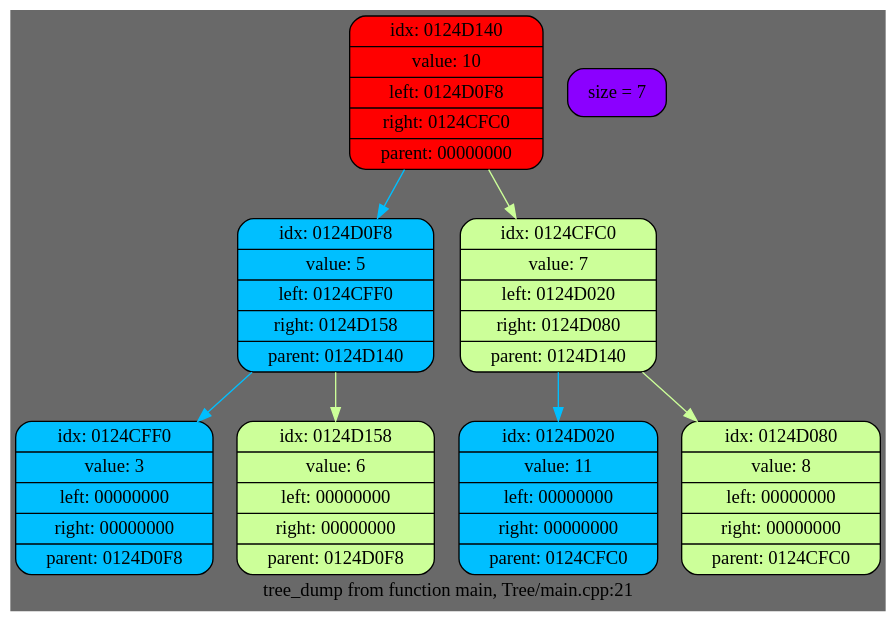
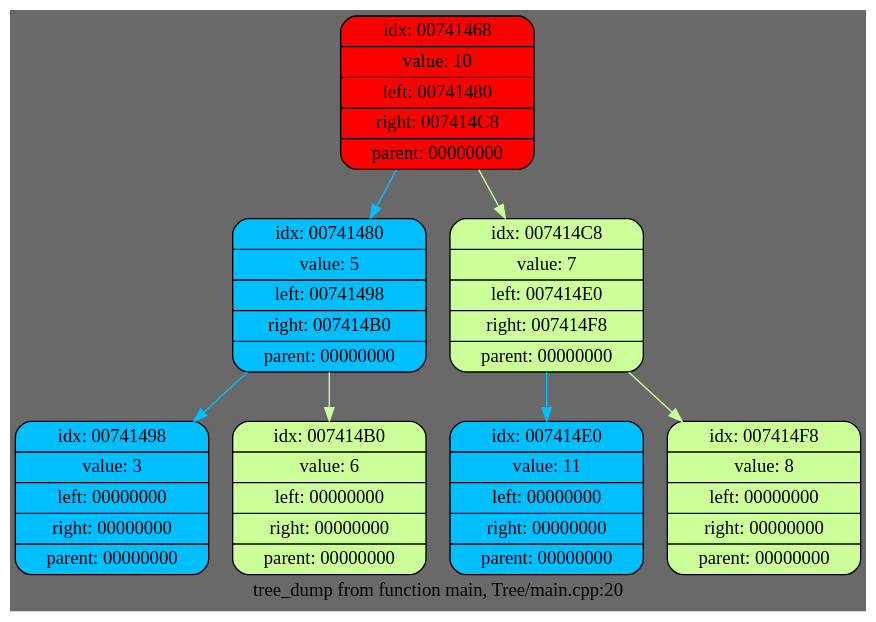
Before and after one commit to EntryFrager/tree: the diagram in dump.dot, drawn with Graphviz. The commit also changed 11 other files, not shown here.

```diff
--- a/dump.dot
+++ b/dump.dot
@@ -1,19 +1,17 @@
 digraph List {
 	rankdir = HR;
 	bgcolor = "#696969";
-	node0 [shape = Mrecord, style = filled, fillcolor = "#ff0000", label = "{idx: 0124D140 | value: 10 | left: 0124D0F8 | right: 0124CFC0 | parent: 00000000}"];
-	node1 [shape = Mrecord, style = filled, fillcolor = "#00BFFF", label = "{idx: 0124D0F8 | value: 5 | left: 0124CFF0 | right: 0124D158 | parent: 0124D140}"];
+	node0 [shape = Mrecord, style = filled, fillcolor = "#ff0000", label = "{idx: 00741468 | value: 10 | left: 00741480 | right: 007414C8 | parent: 00000000}"];
+	node1 [shape = Mrecord, style = filled, fillcolor = "#00BFFF", label = "{idx: 00741480 | value: 5 | left: 00741498 | right: 007414B0 | parent: 00000000}"];
 	node0 -> node1 [color = "#00BFFF"]
-	node2 [shape = Mrecord, style = filled, fillcolor = "#00BFFF", label = "{idx: 0124CFF0 | value: 3 | left: 00000000 | right: 00000000 | parent: 0124D0F8}"];
+	node2 [shape = Mrecord, style = filled, fillcolor = "#00BFFF", label = "{idx: 00741498 | value: 3 | left: 00000000 | right: 00000000 | parent: 00000000}"];
 	node1 -> node2 [color = "#00BFFF"]
-	node3 [shape = Mrecord, style = filled, fillcolor = "#ccff99", label = "{idx: 0124D158 | value: 6 | left: 00000000 | right: 00000000 | parent: 0124D0F8}"];
+	node3 [shape = Mrecord, style = filled, fillcolor = "#ccff99", label = "{idx: 007414B0 | value: 6 | left: 00000000 | right: 00000000 | parent: 00000000}"];
 	node1 -> node3 [color = "#ccff99"]
-	node4 [shape = Mrecord, style = filled, fillcolor = "#ccff99", label = "{idx: 0124CFC0 | value: 7 | left: 0124D020 | right: 0124D080 | parent: 0124D140}"];
+	node4 [shape = Mrecord, style = filled, fillcolor = "#ccff99", label = "{idx: 007414C8 | value: 7 | left: 007414E0 | right: 007414F8 | parent: 00000000}"];
 	node0 -> node4 [color = "#ccff99"]
-	node5 [shape = Mrecord, style = filled, fillcolor = "#00BFFF", label = "{idx: 0124D020 | value: 11 | left: 00000000 | right: 00000000 | parent: 0124CFC0}"];
+	node5 [shape = Mrecord, style = filled, fillcolor = "#00BFFF", label = "{idx: 007414E0 | value: 11 | left: 00000000 | right: 00000000 | parent: 00000000}"];
 	node4 -> node5 [color = "#00BFFF"]
-	node6 [shape = Mrecord, style = filled, fillcolor = "#ccff99", label = "{idx: 0124D080 | value: 8 | left: 00000000 | right: 00000000 | parent: 0124CFC0}"];
+	node6 [shape = Mrecord, style = filled, fillcolor = "#ccff99", label = "{idx: 007414F8 | value: 8 | left: 00000000 | right: 00000000 | parent: 00000000}"];
 	node4 -> node6 [color = "#ccff99"]
-	label = "tree_dump from function main, Tree/main.cpp:21";
-
-	All[shape = Mrecord, style = filled, fillcolor = "#8B00FF", label = "size = 7"];}
+	label = "tree_dump from function main, Tree/main.cpp:20";}
```
